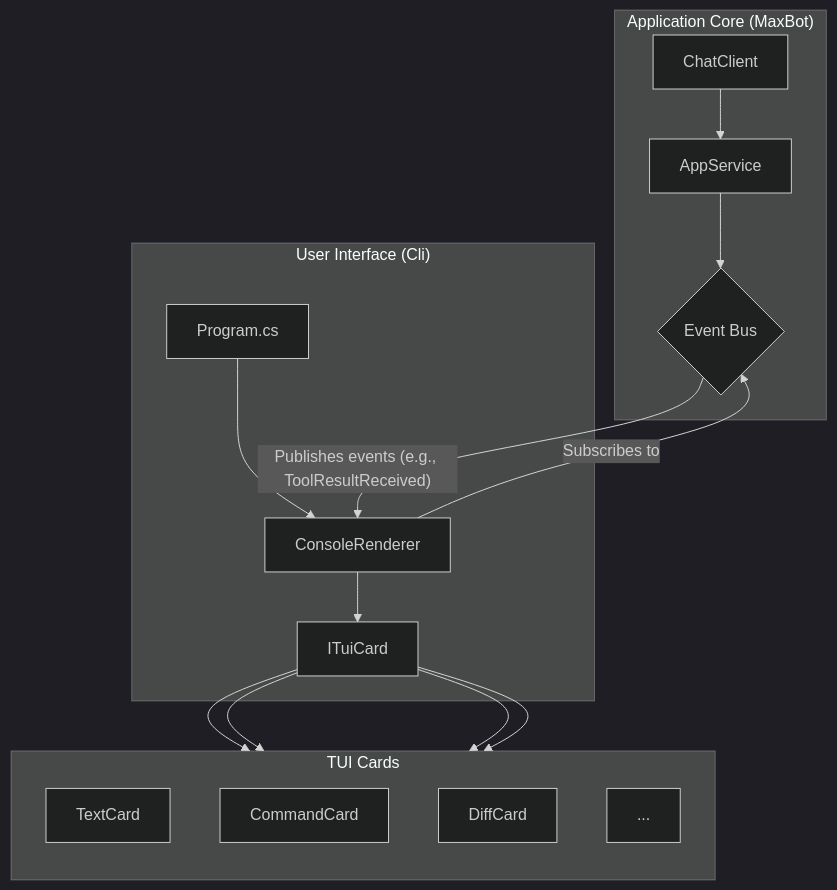
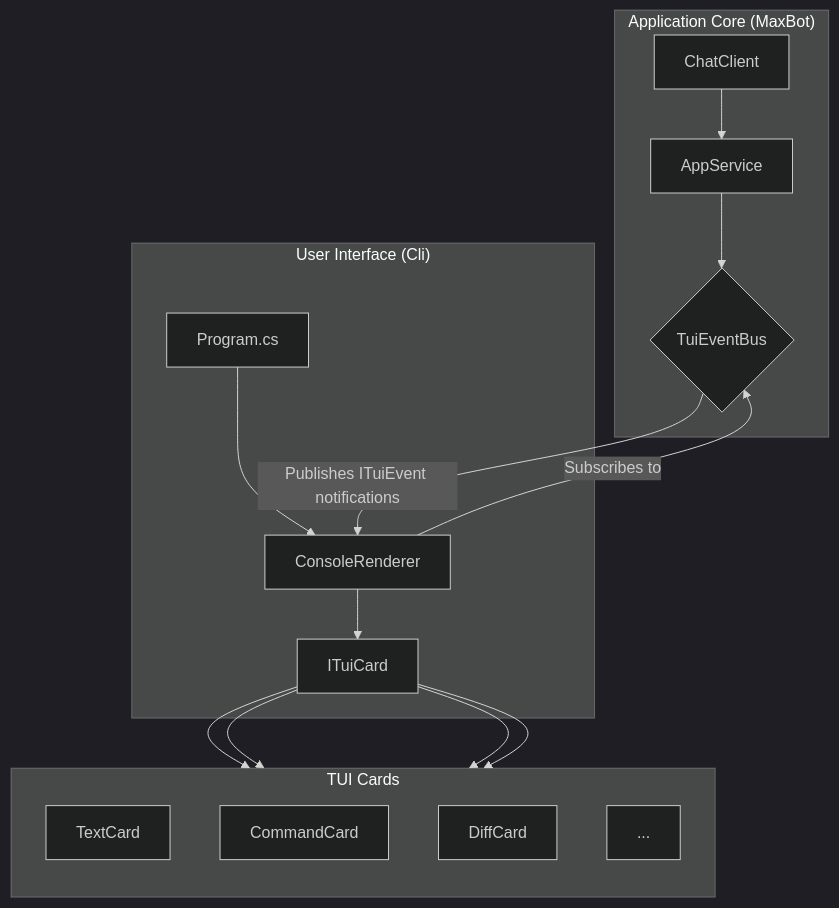
One commit to peakflames/mogzi changed the first of 2 diagrams in docs/features/tui/architecture_and_design.md. Above: the diagram before and after it, drawn with Mermaid (dark theme). The commit also changed other lines of this file and 2 other files, not shown here.

Commit message:
add TUI project docs - sonnet review

````diff
--- a/docs/features/tui/architecture_and_design.md
+++ b/docs/features/tui/architecture_and_design.md
@@ -15,23 +15,23 @@
 ```mermaid
 graph TD
     subgraph "Application Core (MaxBot)"
-        A[AppService] --> B{Event Bus};
+        A[AppService] --> B{TuiEventBus};
         C[ChatClient] --> A;
     end
 
     subgraph "User Interface (Cli)"
         D[ConsoleRenderer] -- "Subscribes to" --> B;
         D --> E[ITuiCard];
         F[Program.cs] --> D;
     end
 
     subgraph "TUI Cards"
         direction TB
         E --> G[TextCard];
         E --> H[CommandCard];
         E --> I[DiffCard];
         E --> J[...];
     end
 
-    B -- "Publishes events (e.g., ToolResultReceived)" --> D;
+    B -- "Publishes ITuiEvent notifications" --> D;
 ```
````
